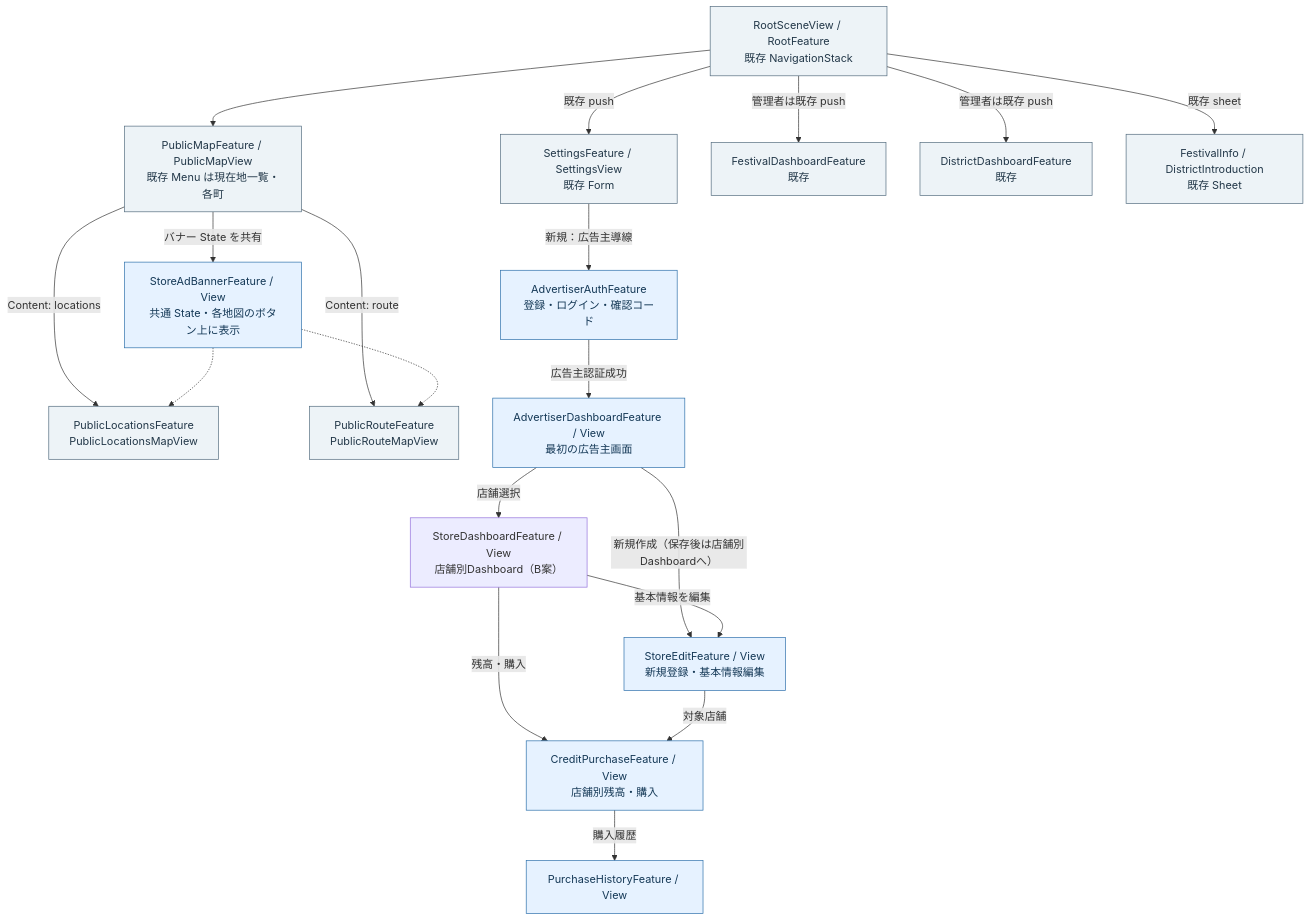
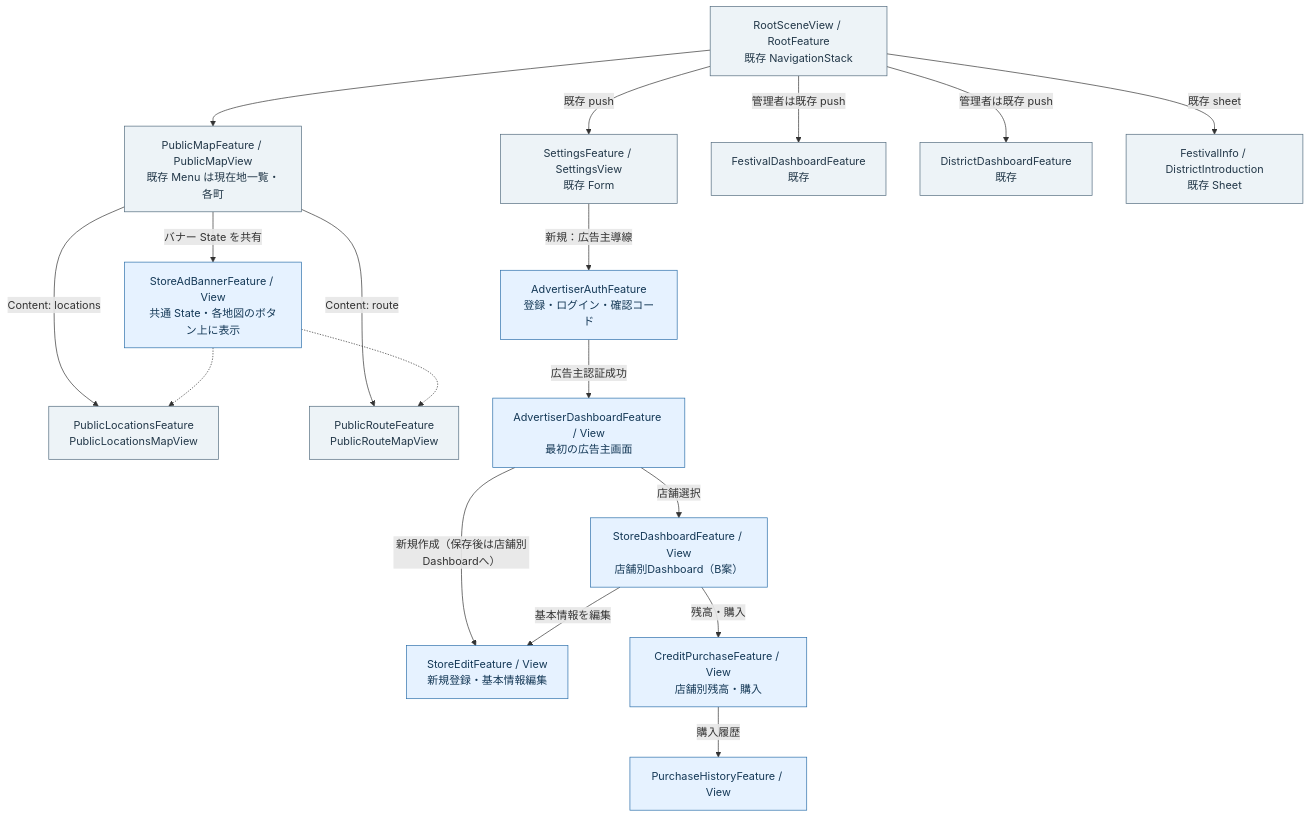
The third of 6 diagrams in docs/projects/20261031_original_advertisement/ios-phase1.md (kmatsushita1012/MaTool), drawn with Mermaid before and after one commit. The commit also changed other lines of this file, not shown here.

````diff
--- a/docs/projects/20261031_original_advertisement/ios-phase1.md
+++ b/docs/projects/20261031_original_advertisement/ios-phase1.md
@@ -283,40 +281,39 @@
 ```mermaid
 flowchart TB
   Root["RootSceneView / RootFeature<br/>既存 NavigationStack"]
   Map["PublicMapFeature / PublicMapView<br/>既存 Menu は現在地一覧・各町"]
   Loc["PublicLocationsFeature<br/>PublicLocationsMapView"]
   Route["PublicRouteFeature<br/>PublicRouteMapView"]
   Banner["StoreAdBannerFeature / View<br/>共通 State・各地図のボタン上に表示"]
   Settings["SettingsFeature / SettingsView<br/>既存 Form"]
   Auth["AdvertiserAuthFeature<br/>登録・ログイン・確認コード"]
   Dashboard["AdvertiserDashboardFeature / View<br/>最初の広告主画面"]
   StoreDashboard["StoreDashboardFeature / View<br/>店舗別Dashboard（B案）"]
   Edit["StoreEditFeature / View<br/>新規登録・基本情報編集"]
   Credit["CreditPurchaseFeature / View<br/>店舗別残高・購入"]
   History["PurchaseHistoryFeature / View"]
   Festival["FestivalDashboardFeature<br/>既存"]
   District["DistrictDashboardFeature<br/>既存"]
   Intro["FestivalInfo / DistrictIntroduction<br/>既存 Sheet"]
   Root --> Map
   Map -->|"Content: locations"| Loc
   Map -->|"Content: route"| Route
   Map -->|"バナー State を共有"| Banner
   Banner -.-> Loc
   Banner -.-> Route
   Root -->|"既存 push"| Settings
   Settings -->|"新規：広告主導線"| Auth
   Auth -->|"広告主認証成功"| Dashboard
   Dashboard -->|"店舗選択"| StoreDashboard
   Dashboard -->|"新規作成（保存後は店舗別Dashboardへ）"| Edit
   StoreDashboard -->|"基本情報を編集"| Edit
   StoreDashboard -->|"残高・購入"| Credit
-  Edit -->|"対象店舗"| Credit
   Credit -->|"購入履歴"| History
   Root -->|"管理者は既存 push"| Festival
   Root -->|"管理者は既存 push"| District
   Root -->|"既存 sheet"| Intro
   classDef existing fill:#edf3f7,stroke:#526b7e,color:#233849
   classDef added fill:#e6f2ff,stroke:#2b6faa,color:#153957
   class Root,Map,Loc,Route,Settings,Festival,District,Intro existing
-  class Banner,Auth,Dashboard,Edit,Credit,History added
+  class Banner,Auth,Dashboard,StoreDashboard,Edit,Credit,History added
 ```
````
